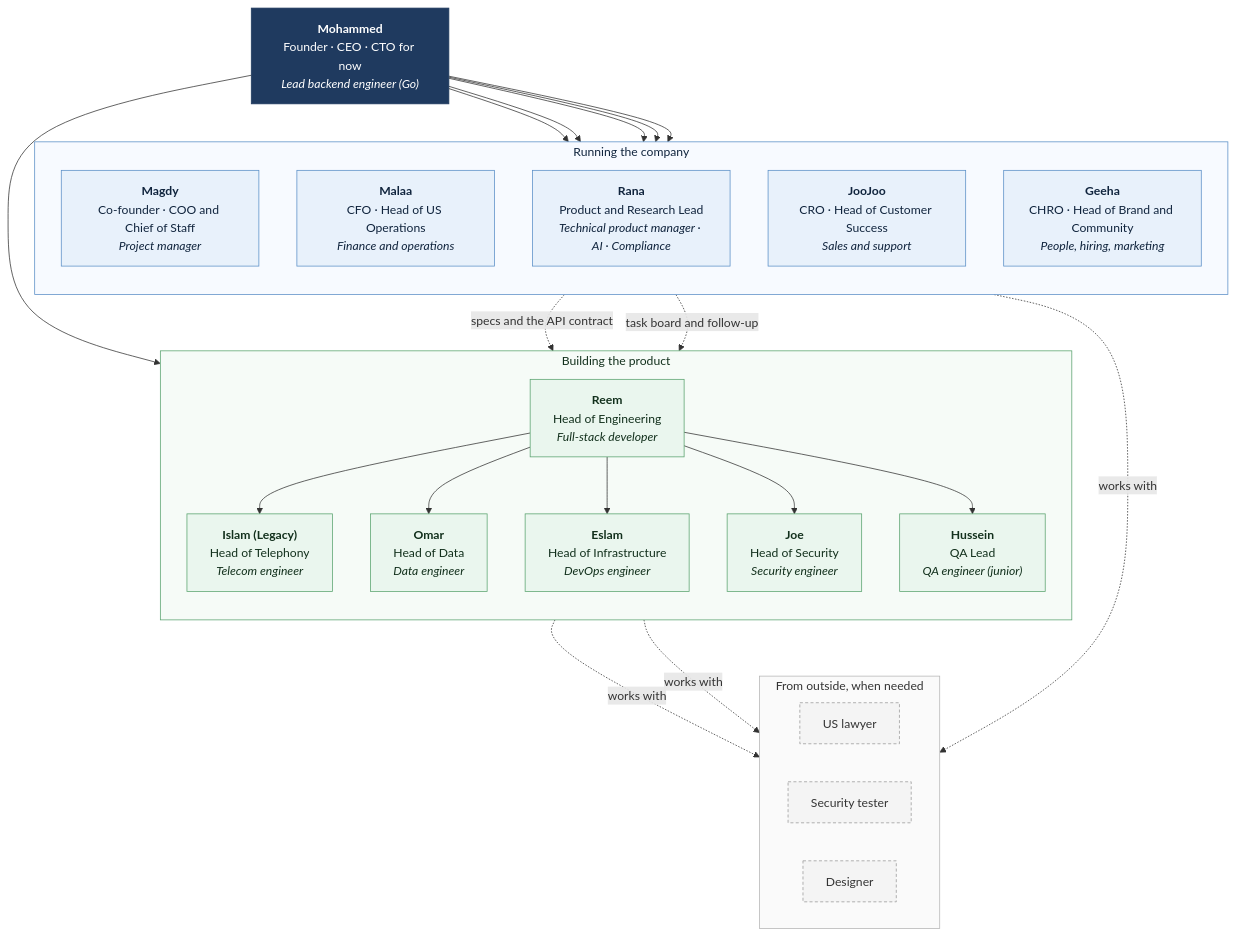
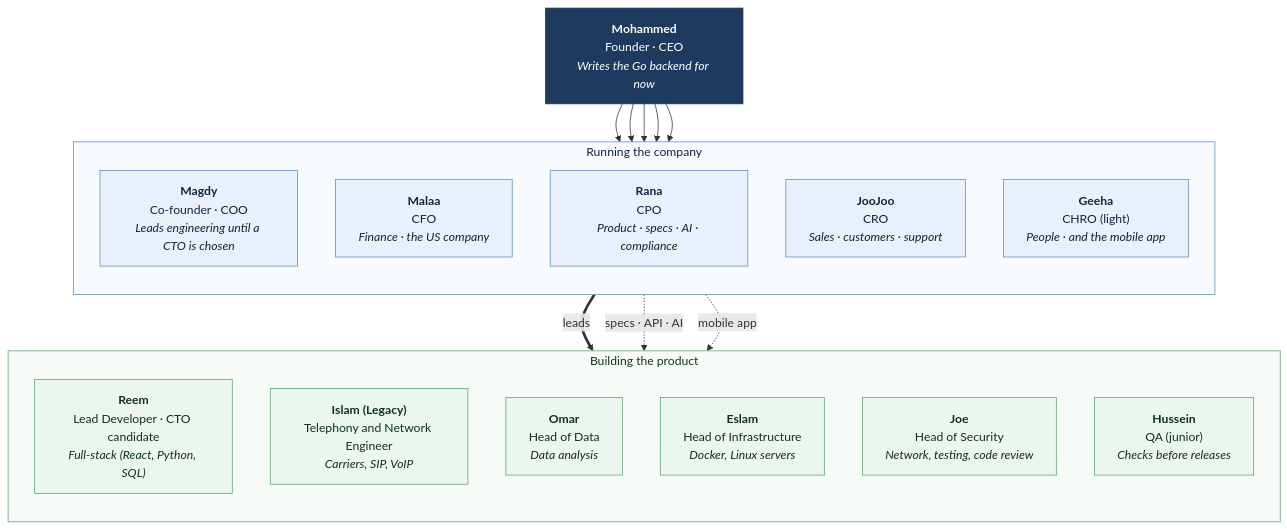
Before and after one commit to Mohammed-HeshamMohammed/Turf: the first of 5 diagrams in docs/team/README.md, drawn with Mermaid. The commit also changed other lines of this file and 2 other files, not shown here.

First line of the commit message:
Team: rethought from Mohammed's answers

````diff
--- a/docs/team/README.md
+++ b/docs/team/README.md
@@ -12,52 +24,38 @@
 ```mermaid
 flowchart TB
-    CEO["<b>Mohammed</b><br/>Founder · CEO · CTO for now<br/><i>Lead backend engineer (Go)</i>"]
+    CEO["<b>Mohammed</b><br/>Founder · CEO<br/><i>Writes the Go backend for now</i>"]
 
     subgraph COMPANY["Running the company"]
         direction TB
-        COO["<b>Magdy</b><br/>Co-founder · COO and Chief of Staff<br/><i>Project manager</i>"]
-        CFO["<b>Malaa</b><br/>CFO · Head of US Operations<br/><i>Finance and operations</i>"]
-        CPO["<b>Rana</b><br/>Product and Research Lead<br/><i>Technical product manager · AI · Compliance</i>"]
-        CRO["<b>JooJoo</b><br/>CRO · Head of Customer Success<br/><i>Sales and support</i>"]
-        CHRO["<b>Geeha</b><br/>CHRO · Head of Brand and Community<br/><i>People, hiring, marketing</i>"]
+        COO["<b>Magdy</b><br/>Co-founder · COO<br/><i>Leads engineering until a CTO is chosen</i>"]
+        CFO["<b>Malaa</b><br/>CFO<br/><i>Finance · the US company</i>"]
+        CPO["<b>Rana</b><br/>CPO<br/><i>Product · specs · AI · compliance</i>"]
+        CRO["<b>JooJoo</b><br/>CRO<br/><i>Sales · customers · support</i>"]
+        CHRO["<b>Geeha</b><br/>CHRO (light)<br/><i>People · and the mobile app</i>"]
     end
 
     subgraph BUILD["Building the product"]
         direction TB
-        ENG["<b>Reem</b><br/>Head of Engineering<br/><i>Full-stack developer</i>"]
-        TEL["<b>Islam (Legacy)</b><br/>Head of Telephony<br/><i>Telecom engineer</i>"]
-        DATA["<b>Omar</b><br/>Head of Data<br/><i>Data engineer</i>"]
-        OPS["<b>Eslam</b><br/>Head of Infrastructure<br/><i>DevOps engineer</i>"]
-        SEC["<b>Joe</b><br/>Head of Security<br/><i>Security engineer</i>"]
-        QA["<b>Hussein</b><br/>QA Lead<br/><i>QA engineer (junior)</i>"]
-    end
-
-    subgraph OUTSIDE["From outside, when needed"]
-        direction LR
-        LAW["US lawyer"]
-        PEN["Security tester"]
-        DES["Designer"]
+        ENG["<b>Reem</b><br/>Lead Developer · CTO candidate<br/><i>Full-stack (React, Python, SQL)</i>"]
+        TEL["<b>Islam (Legacy)</b><br/>Telephony and Network Engineer<br/><i>Carriers, SIP, VoIP</i>"]
+        DATA["<b>Omar</b><br/>Head of Data<br/><i>Data analysis</i>"]
+        OPS["<b>Eslam</b><br/>Head of Infrastructure<br/><i>Docker, Linux servers</i>"]
+        SEC["<b>Joe</b><br/>Head of Security<br/><i>Network, testing, code review</i>"]
+        QA["<b>Hussein</b><br/>QA (junior)<br/><i>Checks before releases</i>"]
     end
 
     CEO --> COO & CFO & CPO & CRO & CHRO
-    CEO --> ENG
-    ENG --> TEL & DATA & OPS & SEC & QA
+    COO == "leads" ==> BUILD
 
-    COO -. "task board and follow-up" .-> BUILD
-    CPO -. "specs and the API contract" .-> ENG
-    CPO -. "works with" .-> LAW
-    SEC -. "works with" .-> PEN
-    ENG -. "works with" .-> DES
+    CPO -. "specs · API · AI" .-> BUILD
+    CHRO -. "mobile app" .-> BUILD
 
     classDef top fill:#1f3a5f,stroke:#1f3a5f,color:#ffffff
     classDef company fill:#e8f1fb,stroke:#5b8fc7,color:#10243d
     classDef build fill:#eaf6ee,stroke:#5aa36f,color:#12301c
-    classDef outside fill:#f4f4f4,stroke:#9a9a9a,color:#333333,stroke-dasharray:4 3
     class CEO top
     class COO,CFO,CPO,CRO,CHRO company
     class ENG,TEL,DATA,OPS,SEC,QA build
-    class LAW,PEN,DES outside
     style COMPANY fill:#f7faff,stroke:#5b8fc7,color:#10243d
     style BUILD fill:#f6fbf7,stroke:#5aa36f,color:#12301c
-    style OUTSIDE fill:#fafafa,stroke:#b5b5b5,color:#333333
 ```
````
